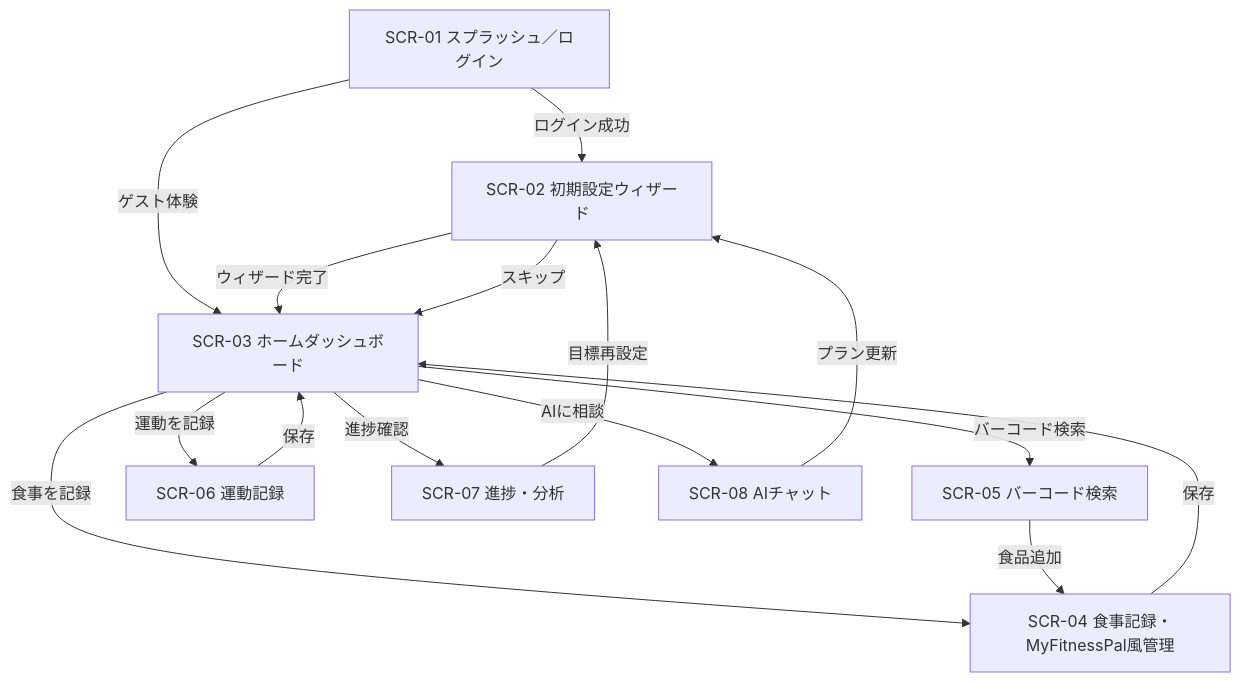
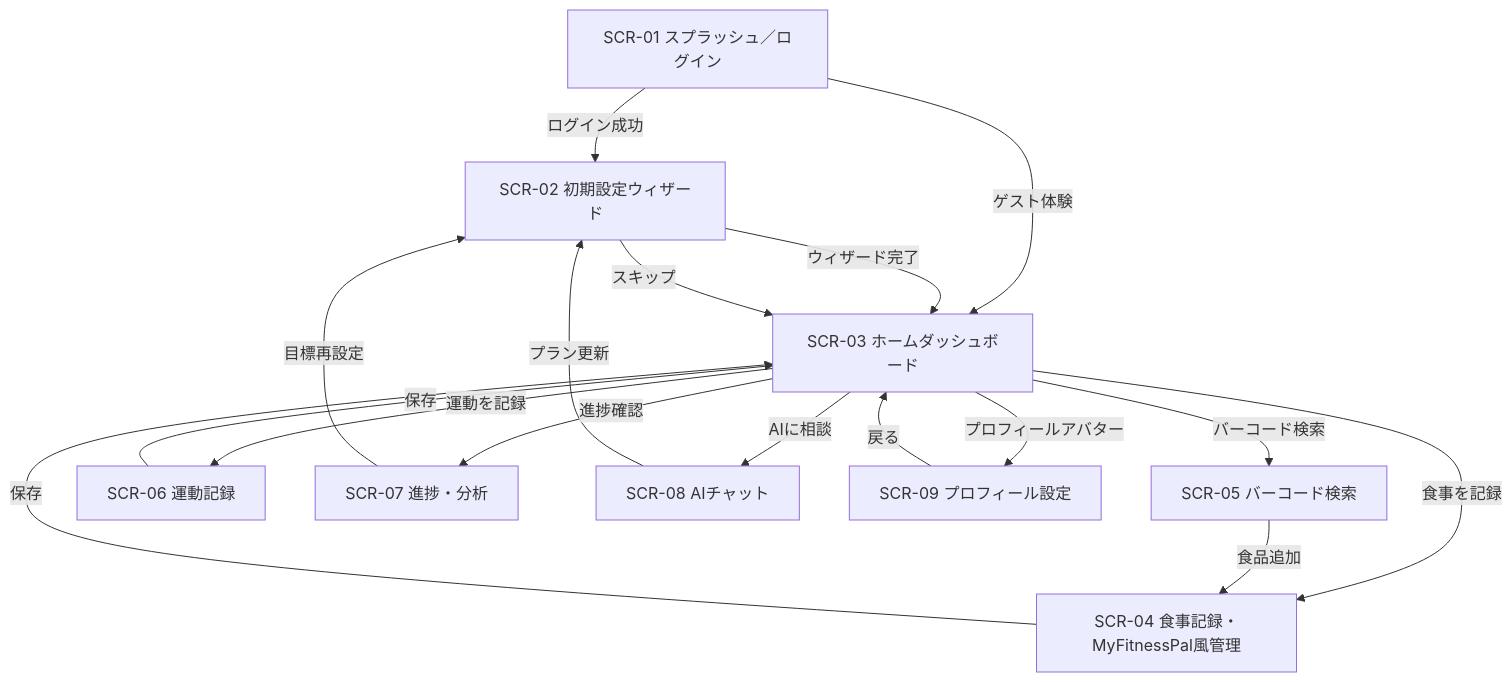
Before and after one commit to hagisho0907/NutriAI: the diagram in NutriAI/guidelines/02_screen_design.md, drawn with Mermaid. The commit also changed other lines of this file and 4 other files, not shown here.

````diff
--- a/NutriAI/guidelines/02_screen_design.md
+++ b/NutriAI/guidelines/02_screen_design.md
@@ -410,17 +492,19 @@
 ```mermaid
 flowchart TD
     A[SCR-01 スプラッシュ／ログイン] -->|ログイン成功| B[SCR-02 初期設定ウィザード]
     A -->|ゲスト体験| C[SCR-03 ホームダッシュボード]
     B -->|ウィザード完了| C
     B -->|スキップ| C
     C -->|食事を記録| D[SCR-04 食事記録・MyFitnessPal風管理]
     C -->|バーコード検索| E[SCR-05 バーコード検索]
     C -->|運動を記録| F[SCR-06 運動記録]
     C -->|進捗確認| G[SCR-07 進捗・分析]
     C -->|AIに相談| H[SCR-08 AIチャット]
+    C -->|プロフィールアバター| I[SCR-09 プロフィール設定]
     D -->|保存| C
     E -->|食品追加| D
     F -->|保存| C
     G -->|目標再設定| B
     H -->|プラン更新| B
+    I -->|戻る| C
 ```
````
